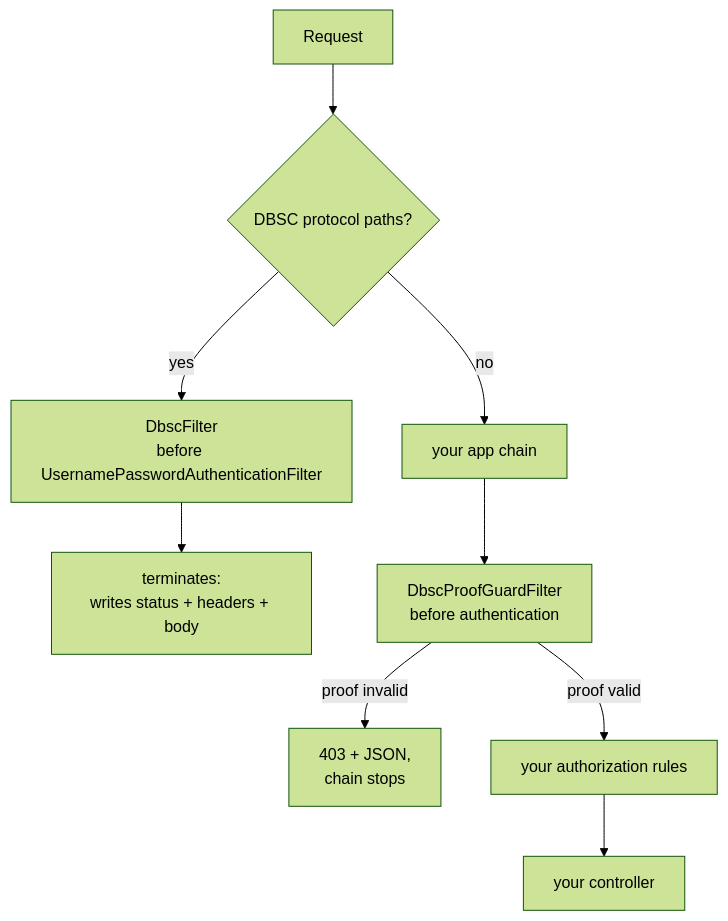
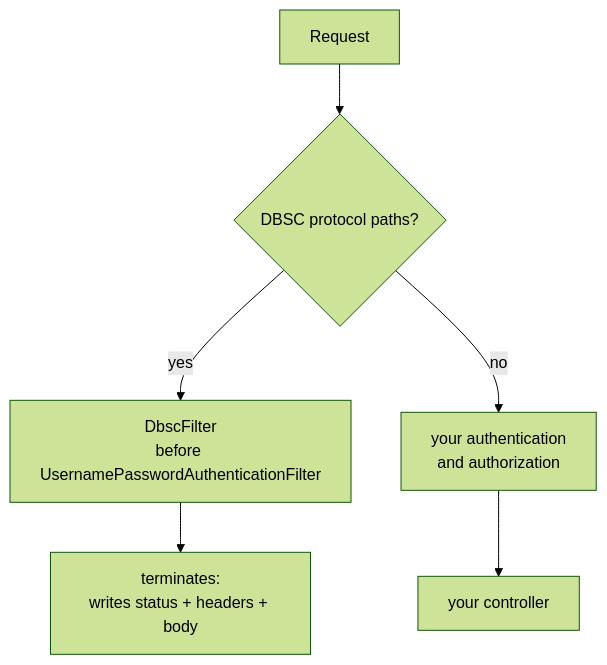
The diagram in README.md (yuukioosaka/spring-dbsc), drawn with Mermaid (forest theme) before and after one commit. The commit also changed other lines of this file and 60 other files, not shown here.

````diff
--- a/README.md
+++ b/README.md
@@ -541,11 +527,8 @@
 ```mermaid
 flowchart TD
     A[Request] --> B{DBSC protocol paths?}
     B -- yes --> C[DbscFilter<br/>before UsernamePasswordAuthenticationFilter]
     C --> C2[terminates:<br/>writes status + headers + body]
-    B -- no --> D[your app chain]
-    D --> D3[DbscProofGuardFilter<br/>before authentication]
-    D3 -- proof invalid --> D2[403 + JSON,<br/>chain stops]
-    D3 -- proof valid --> E[your authorization rules]
+    B -- no --> E[your authentication<br/>and authorization]
     E --> F[your controller]
 ```
````
